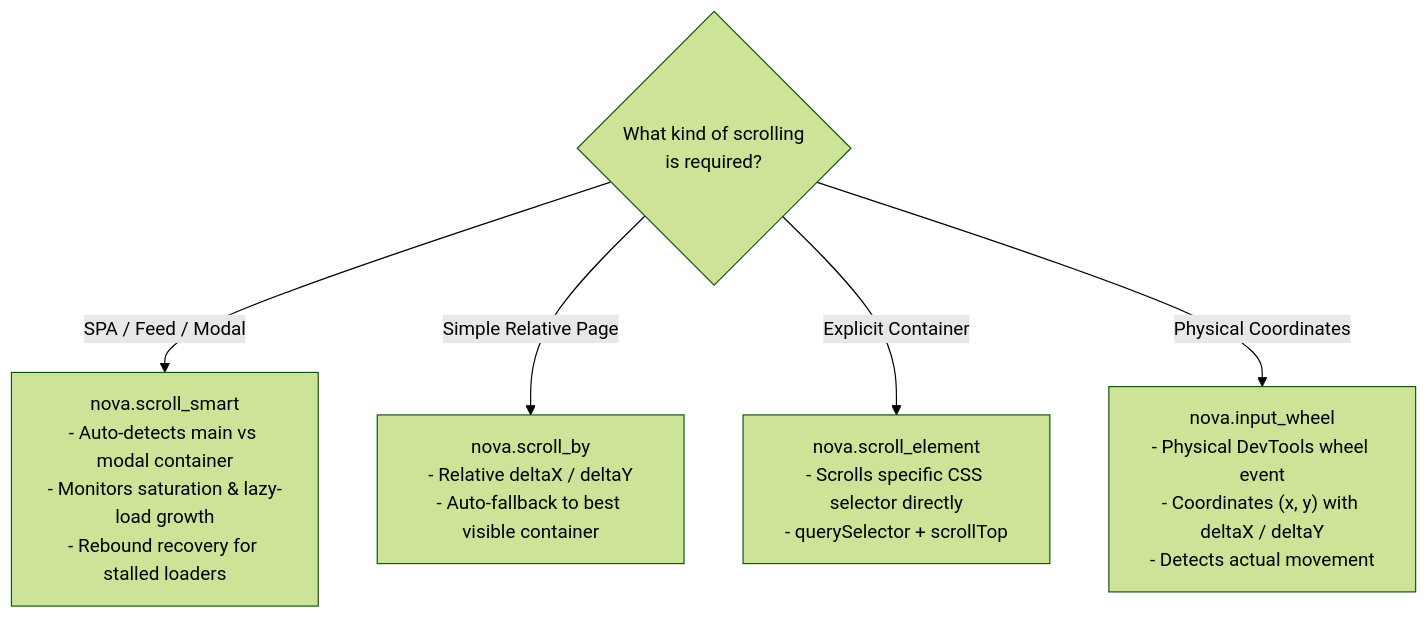
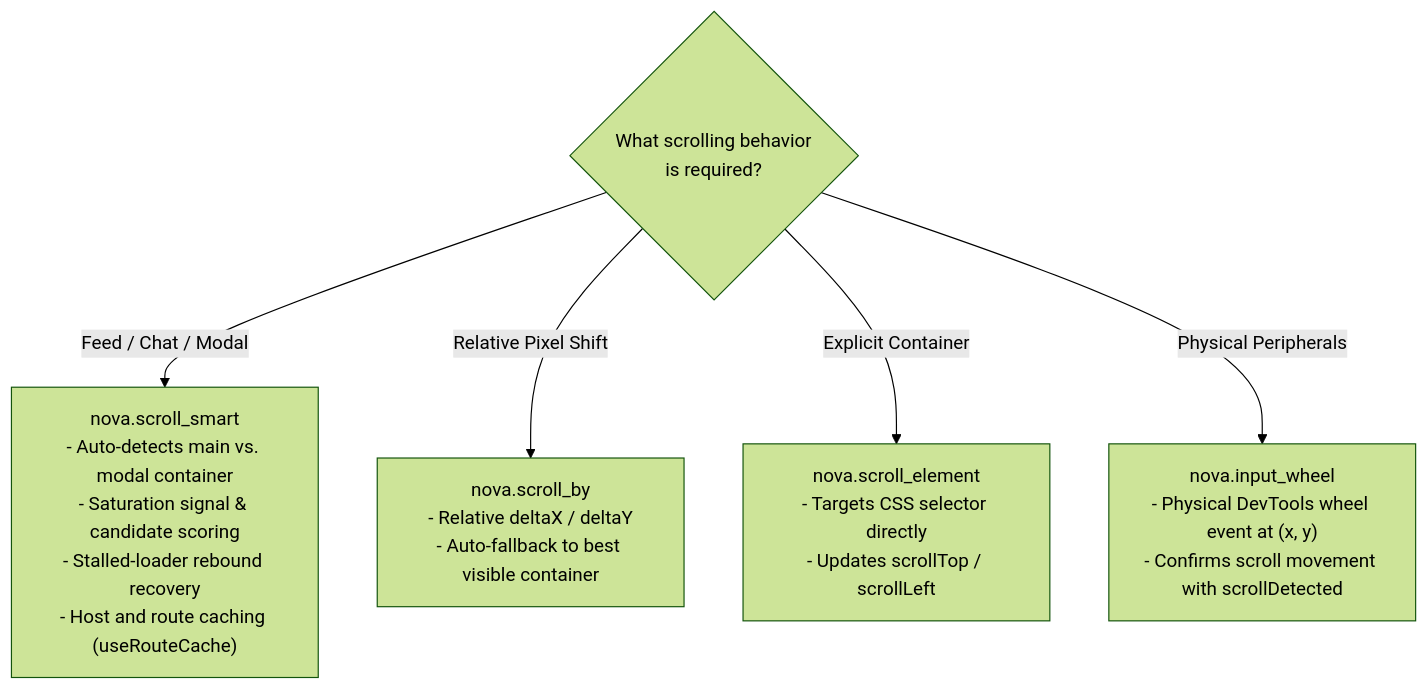
The fifth of 5 diagrams in docs/core-features/browser-interaction/input-dispatch/README.md (joelaniol/nova), drawn with Mermaid (forest theme) before and after one commit. The commit also changed other lines of this file and 6 other files, not shown here.

Commit message:
docs(browser-interaction): expand architectural reference with input dispatch, drag polyfill, and guarded macros

````diff
--- a/docs/core-features/browser-interaction/input-dispatch/README.md
+++ b/docs/core-features/browser-interaction/input-dispatch/README.md
@@ -135,12 +157,12 @@
 ```mermaid
 graph TD
-    ScrollDecision{"What kind of scrolling\nis required?"}
+    ScrollDecision{"What scrolling behavior\nis required?"}
 
-    ScrollDecision -->|SPA / Feed / Modal| Smart["nova.scroll_smart\n- Auto-detects main vs modal container\n- Monitors saturation & lazy-load growth\n- Rebound recovery for stalled loaders"]
+    ScrollDecision -->|Feed / Chat / Modal| Smart["nova.scroll_smart\n- Auto-detects main vs. modal container\n- Saturation signal & candidate scoring\n- Stalled-loader rebound recovery\n- Host and route caching (useRouteCache)"]
 
-    ScrollDecision -->|Simple Relative Page| By["nova.scroll_by\n- Relative deltaX / deltaY\n- Auto-fallback to best visible container"]
+    ScrollDecision -->|Relative Pixel Shift| By["nova.scroll_by\n- Relative deltaX / deltaY\n- Auto-fallback to best visible container"]
 
-    ScrollDecision -->|Explicit Container| Elem["nova.scroll_element\n- Scrolls specific CSS selector directly\n- querySelector + scrollTop"]
+    ScrollDecision -->|Explicit Container| Elem["nova.scroll_element\n- Targets CSS selector directly\n- Updates scrollTop / scrollLeft"]
 
-    ScrollDecision -->|Physical Coordinates| Wheel["nova.input_wheel\n- Physical DevTools wheel event\n- Coordinates (x, y) with deltaX / deltaY\n- Detects actual movement"]
+    ScrollDecision -->|Physical Peripherals| Wheel["nova.input_wheel\n- Physical DevTools wheel event at (x, y)\n- Confirms scroll movement with scrollDetected"]
 ```
````
